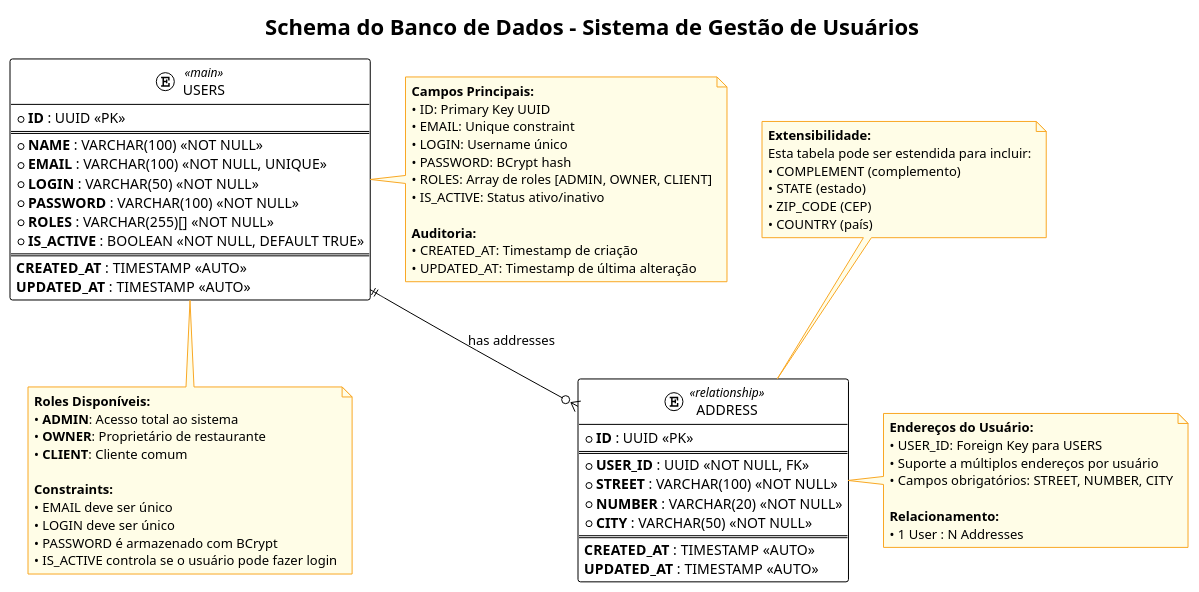
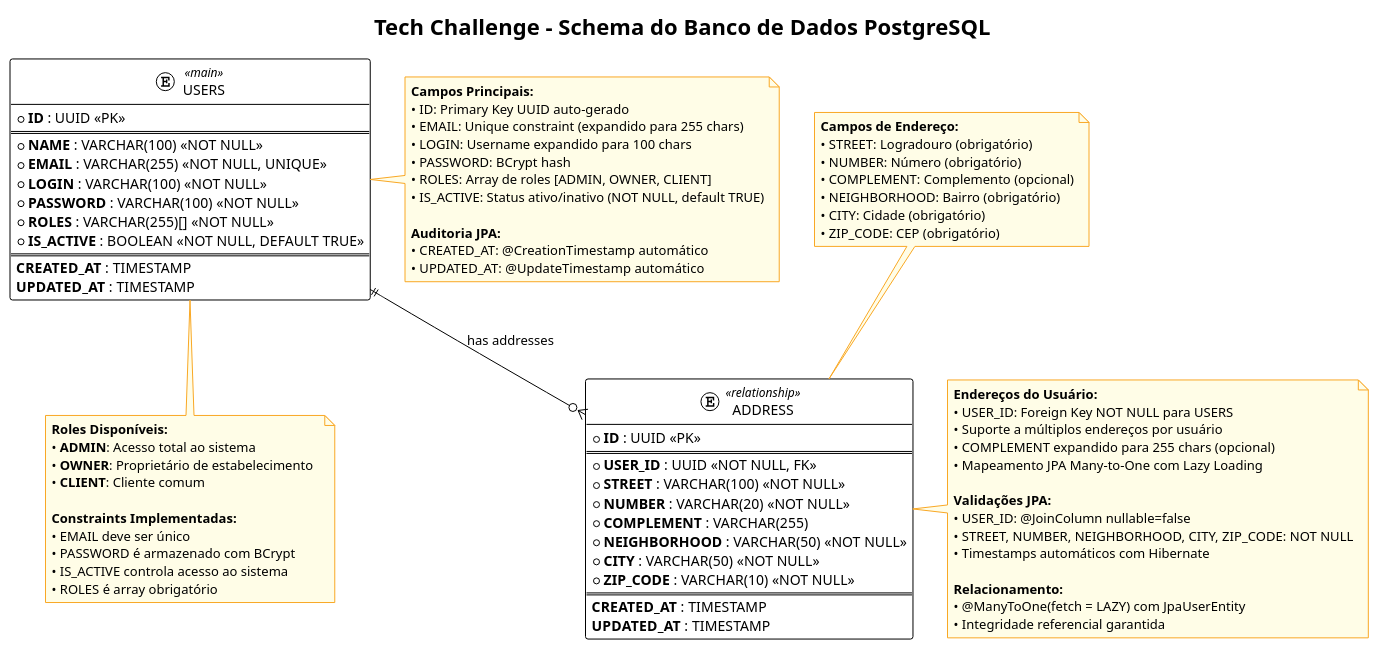
One commit to Equipe-3-FIAP-POS-GRAD-ARC-JAVA/tech-challenge-fase-01 changed the diagram in docs/diag04.puml. Above: the diagram before and after it, drawn with PlantUML. The commit also changed other lines of this file and 17 other files, not shown here.

First line of the commit message:
Add PlantUML diagram PNG exports and update documentation with diagram links

```diff
--- a/docs/diag04.puml
+++ b/docs/diag04.puml
@@ -1,97 +1,106 @@
 @startuml Database_Schema
 !theme plain
-title Schema do Banco de Dados - Sistema de Gestão de Usuários
+title Tech Challenge - Schema do Banco de Dados PostgreSQL
 
 ' Configuração de estilos
 skinparam entity {
     BackgroundColor<<main>> #E3F2FD
     BorderColor<<main>> #1976D2
     BackgroundColor<<relationship>> #FFF3E0
     BorderColor<<relationship>> #F57C00
-    BackgroundColor<<lookup>> #E8F5E8
-    BorderColor<<lookup>> #388E3C
 }
 
 skinparam note {
     BackgroundColor #FFFDE7
     BorderColor #F9A825
 }
 
 ' Tabela principal de usuários
 entity USERS <<main>> {
     * **ID** : UUID <<PK>>
     ==
     * **NAME** : VARCHAR(100) <<NOT NULL>>
-    * **EMAIL** : VARCHAR(100) <<NOT NULL, UNIQUE>>
-    * **LOGIN** : VARCHAR(50) <<NOT NULL>>
+    * **EMAIL** : VARCHAR(255) <<NOT NULL, UNIQUE>>
+    * **LOGIN** : VARCHAR(100) <<NOT NULL>>
     * **PASSWORD** : VARCHAR(100) <<NOT NULL>>
     * **ROLES** : VARCHAR(255)[] <<NOT NULL>>
     * **IS_ACTIVE** : BOOLEAN <<NOT NULL, DEFAULT TRUE>>
     ==
-    **CREATED_AT** : TIMESTAMP <<AUTO>>
-    **UPDATED_AT** : TIMESTAMP <<AUTO>>
+    **CREATED_AT** : TIMESTAMP
+    **UPDATED_AT** : TIMESTAMP
 }
 
 ' Tabela de endereços (relacionamento 1:N)
 entity ADDRESS <<relationship>> {
     * **ID** : UUID <<PK>>
     ==
     * **USER_ID** : UUID <<NOT NULL, FK>>
     * **STREET** : VARCHAR(100) <<NOT NULL>>
     * **NUMBER** : VARCHAR(20) <<NOT NULL>>
+    * **COMPLEMENT** : VARCHAR(255)
+    * **NEIGHBORHOOD** : VARCHAR(50) <<NOT NULL>>
     * **CITY** : VARCHAR(50) <<NOT NULL>>
+    * **ZIP_CODE** : VARCHAR(10) <<NOT NULL>>
     ==
-    **CREATED_AT** : TIMESTAMP <<AUTO>>
-    **UPDATED_AT** : TIMESTAMP <<AUTO>>
+    **CREATED_AT** : TIMESTAMP
+    **UPDATED_AT** : TIMESTAMP
 }
 
 ' Relacionamentos
 USERS ||--o{ ADDRESS : "has addresses"
 
 note right of USERS
     **Campos Principais:**
-    • ID: Primary Key UUID
-    • EMAIL: Unique constraint
-    • LOGIN: Username único
+    • ID: Primary Key UUID auto-gerado
+    • EMAIL: Unique constraint (expandido para 255 chars)
+    • LOGIN: Username expandido para 100 chars
     • PASSWORD: BCrypt hash
     • ROLES: Array de roles [ADMIN, OWNER, CLIENT]
-    • IS_ACTIVE: Status ativo/inativo
+    • IS_ACTIVE: Status ativo/inativo (NOT NULL, default TRUE)
     
-    **Auditoria:**
-    • CREATED_AT: Timestamp de criação
-    • UPDATED_AT: Timestamp de última alteração
+    **Auditoria JPA:**
+    • CREATED_AT: @CreationTimestamp automático
+    • UPDATED_AT: @UpdateTimestamp automático
 end note
 
 note right of ADDRESS
     **Endereços do Usuário:**
-    • USER_ID: Foreign Key para USERS
+    • USER_ID: Foreign Key NOT NULL para USERS
     • Suporte a múltiplos endereços por usuário
-    • Campos obrigatórios: STREET, NUMBER, CITY
+    • COMPLEMENT expandido para 255 chars (opcional)
+    • Mapeamento JPA Many-to-One com Lazy Loading
+    
+    **Validações JPA:**
+    • USER_ID: @JoinColumn nullable=false
+    • STREET, NUMBER, NEIGHBORHOOD, CITY, ZIP_CODE: NOT NULL
+    • Timestamps automáticos com Hibernate
     
     **Relacionamento:**
-    • 1 User : N Addresses
+    • @ManyToOne(fetch = LAZY) com JpaUserEntity
+    • Integridade referencial garantida
 end note
 
 note bottom of USERS
     **Roles Disponíveis:**
     • **ADMIN**: Acesso total ao sistema
-    • **OWNER**: Proprietário de restaurante  
+    • **OWNER**: Proprietário de estabelecimento  
     • **CLIENT**: Cliente comum
     
-    **Constraints:**
+    **Constraints Implementadas:**
     • EMAIL deve ser único
-    • LOGIN deve ser único
     • PASSWORD é armazenado com BCrypt
-    • IS_ACTIVE controla se o usuário pode fazer login
+    • IS_ACTIVE controla acesso ao sistema
+    • ROLES é array obrigatório
 end note
 
 note top of ADDRESS
-    **Extensibilidade:**
-    Esta tabela pode ser estendida para incluir:
-    • COMPLEMENT (complemento)
-    • STATE (estado)
-    • ZIP_CODE (CEP)
-    • COUNTRY (país)
+    **Campos de Endereço:**
+    • STREET: Logradouro (obrigatório)
+    • NUMBER: Número (obrigatório) 
+    • COMPLEMENT: Complemento (opcional)
+    • NEIGHBORHOOD: Bairro (obrigatório)
+    • CITY: Cidade (obrigatório)
+    • ZIP_CODE: CEP (obrigatório)
 end note
 
 @enduml
```
